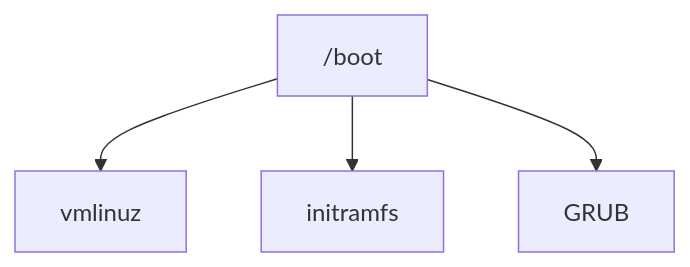
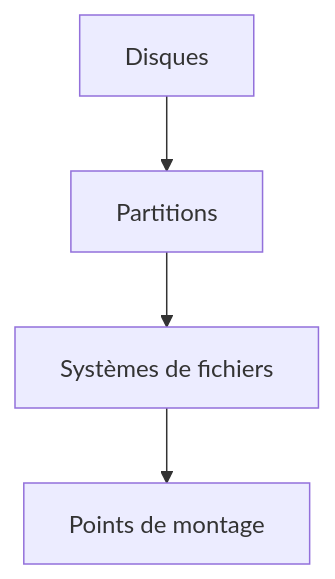
One commit to tdelaclos/formations changed the third of 7 diagrams in campagne 1/1.4.md. Above: the diagram before and after it, drawn with Mermaid. The commit also changed other lines of this file, not shown here.

````diff
--- a/campagne 1/1.4.md
+++ b/campagne 1/1.4.md
@@ -404,11 +301,11 @@
 ```mermaid
 flowchart TD
 
-BOOT["/boot"]
+A["Disques"]
 
-BOOT --> KERNEL["vmlinuz"]
+A --> B["Partitions"]
 
-BOOT --> INITRAMFS["initramfs"]
+B --> C["Systèmes de fichiers"]
 
-BOOT --> GRUB["GRUB"]
+C --> D["Points de montage"]
 ```
````
